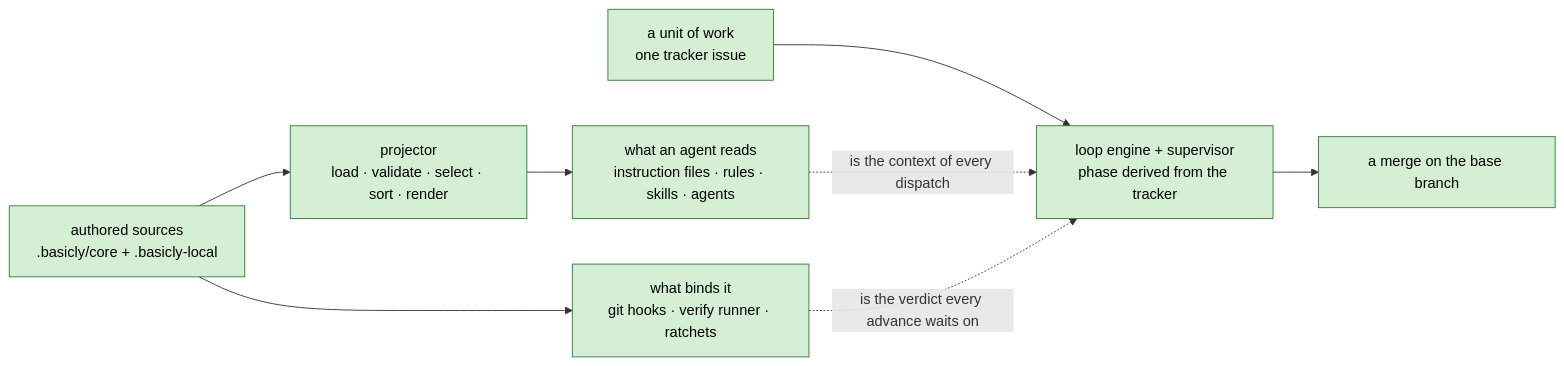
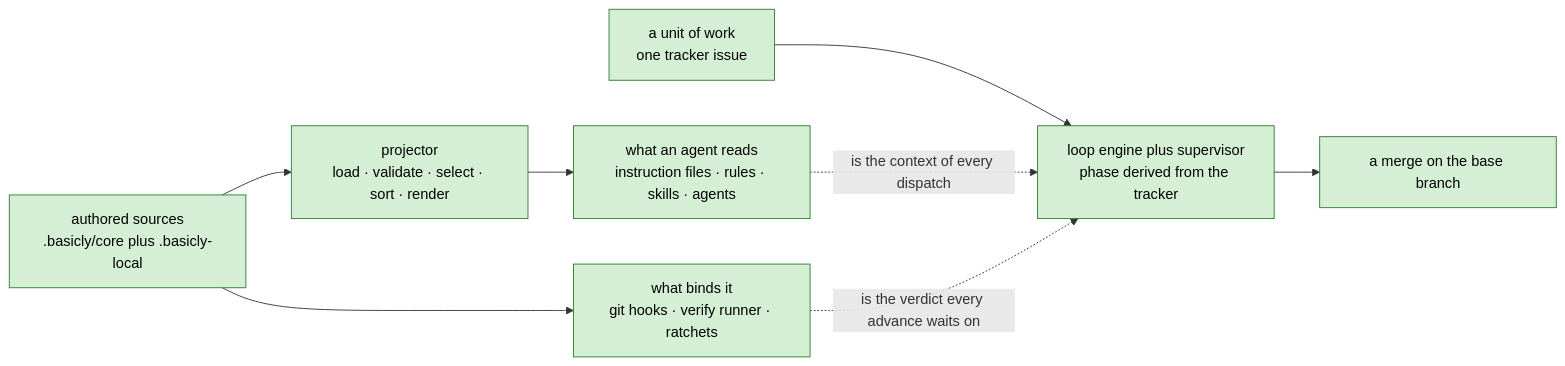
One commit to niksavis/basicly changed the third of 16 diagrams in docs/architecture/architecture.md. Above: the diagram before and after it, drawn with Mermaid. The commit also changed other lines of this file and 6 other files, not shown here.

First line of the commit message:
docs(architecture)!: replace the reference with the rewritten one

````diff
--- a/docs/architecture/architecture.md
+++ b/docs/architecture/architecture.md
@@ -246,21 +268,21 @@
 ```mermaid
 flowchart LR
-  authored["authored sources<br/>.basicly/core + .basicly-local"]
+  authored["authored sources<br/>.basicly/core plus .basicly-local"]
   projector["projector<br/>load · validate · select · sort · render"]
   read["what an agent reads<br/>instruction files · rules · skills · agents"]
   bind["what binds it<br/>git hooks · verify runner · ratchets"]
 
   work["a unit of work<br/>one tracker issue"]
-  engine["loop engine + supervisor<br/>phase derived from the tracker"]
+  engine["loop engine plus supervisor<br/>phase derived from the tracker"]
   merged["a merge on the base branch"]
 
   authored --> projector --> read
   authored --> bind
   work --> engine --> merged
 
   read -.->|"is the context of every dispatch"| engine
   bind -.->|"is the verdict every advance waits on"| engine
 
-  classDef built fill:#d5efd5,stroke:#2e7d32,color:#000
-  class authored,projector,read,bind,work,engine,merged built
+  classDef shipped fill:#d5efd5,stroke:#2e7d32,color:#000
+  class authored,projector,read,bind,work,engine,merged shipped
 ```
````
